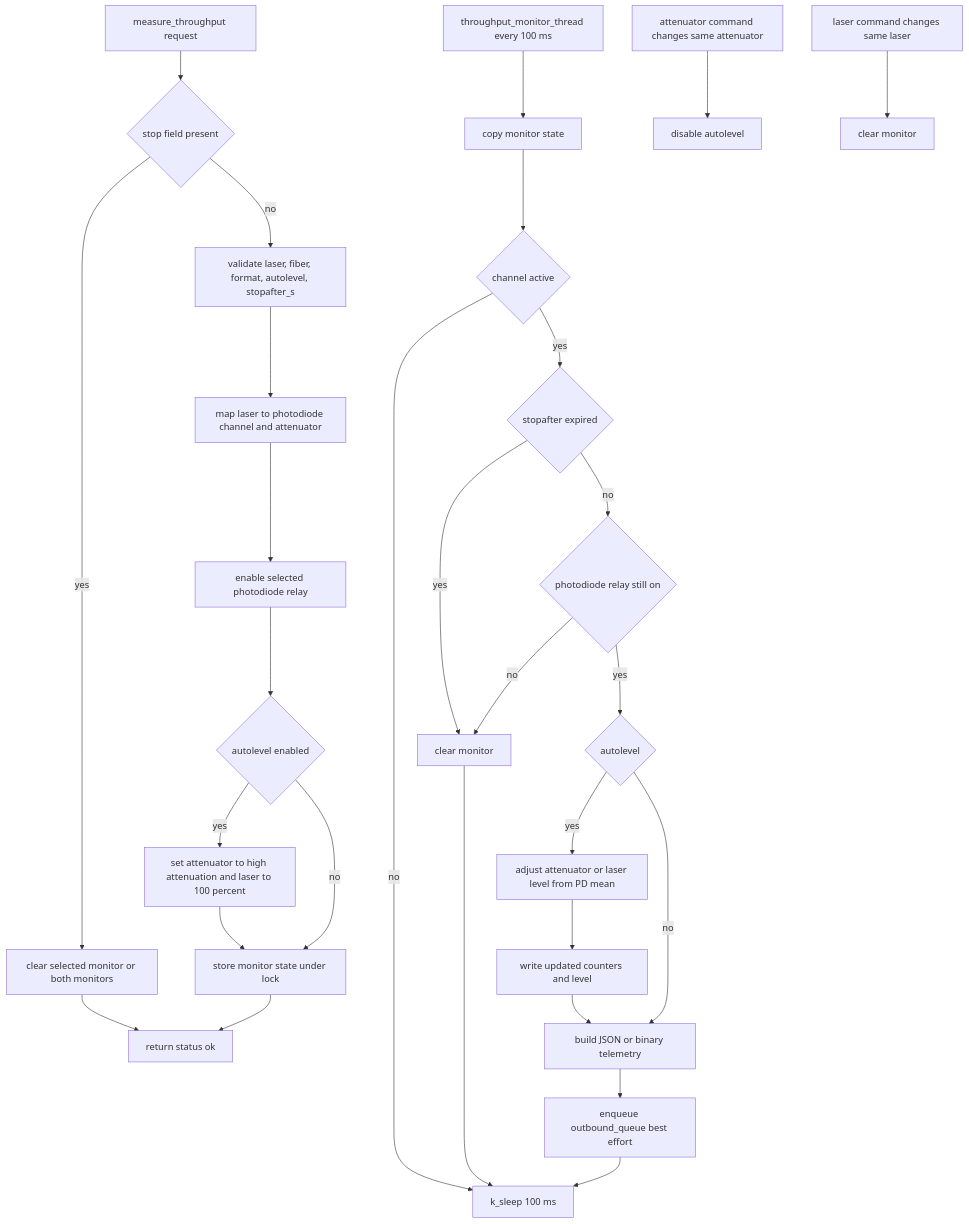
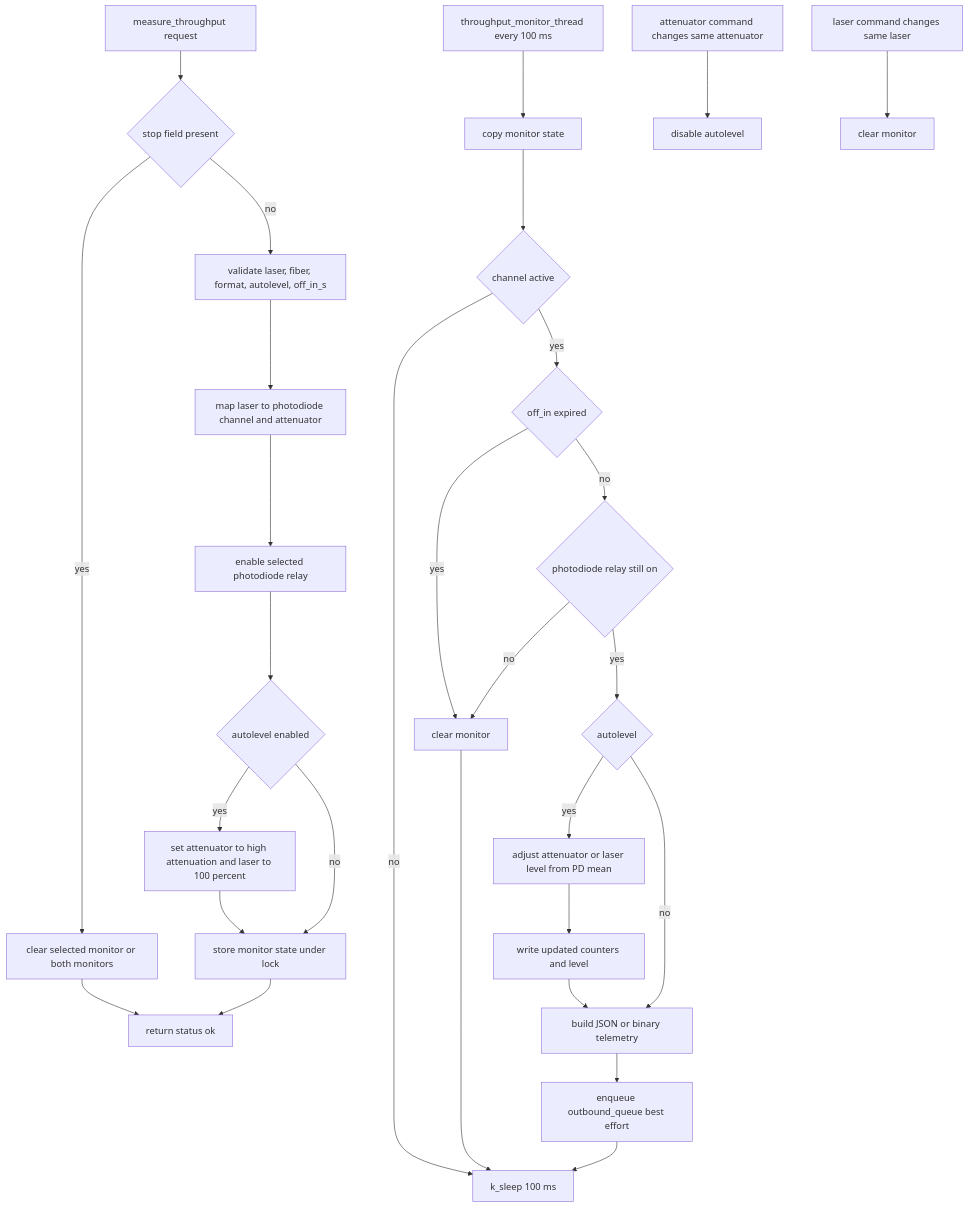
One commit to COO-Utilities/hispec-tib changed diagram 11 of 22 in doc/diagrams.md. Above: the diagram before and after it, drawn with Mermaid. The commit also changed 9 other files, not shown here.

````diff
--- a/doc/diagrams.md
+++ b/doc/diagrams.md
@@ -222,33 +222,33 @@
 ```mermaid
 flowchart TD
   Command[measure_throughput request] --> Stop{stop field present}
   Stop -- yes --> StopReq[clear selected monitor or both monitors]
-  Stop -- no --> Validate[validate laser, fiber, format, autolevel, stopafter_s]
+  Stop -- no --> Validate[validate laser, fiber, format, autolevel, off_in_s]
   Validate --> Map[map laser to photodiode channel and attenuator]
   Map --> PdPower[enable selected photodiode relay]
   PdPower --> AutoStart{autolevel enabled}
   AutoStart -- yes --> Seed[set attenuator to high attenuation and laser to 100 percent]
   AutoStart -- no --> Arm[store monitor state under lock]
   Seed --> Arm
   Arm --> Ok[return status ok]
   StopReq --> Ok
 
   Thread[throughput_monitor_thread every 100 ms] --> Snapshot[copy monitor state]
   Snapshot --> Active{channel active}
   Active -- no --> Sleep[k_sleep 100 ms]
-  Active -- yes --> Timeout{stopafter expired}
+  Active -- yes --> Timeout{off_in expired}
   Timeout -- yes --> Clear[clear monitor]
   Timeout -- no --> PdOn{photodiode relay still on}
   PdOn -- no --> Clear
   PdOn -- yes --> Auto{autolevel}
   Auto -- yes --> Adjust[adjust attenuator or laser level from PD mean]
   Auto -- no --> Publish
   Adjust --> Sync[write updated counters and level]
   Sync --> Publish[build JSON or binary telemetry]
   Publish --> OutQ[enqueue outbound_queue best effort]
   OutQ --> Sleep
   Clear --> Sleep
 
   AttenChange[attenuator command changes same attenuator] --> DisableAuto[disable autolevel]
   LaserChange[laser command changes same laser] --> StopMonitor[clear monitor]
 ```
````
